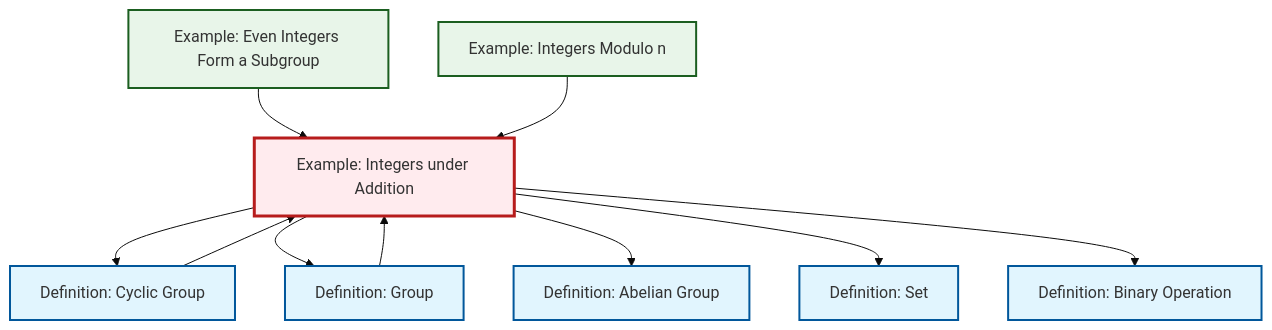
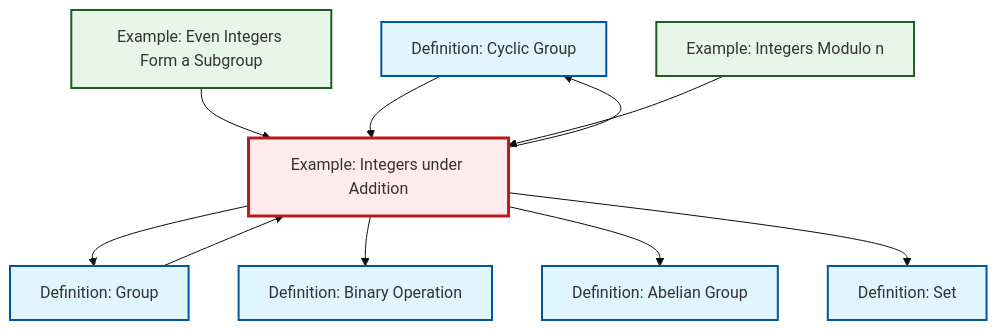
One commit to RK0429/ModernMath changed the diagram in content/ja/algebra/ex-integers-addition.qmd. Above: the diagram before and after it, drawn with Mermaid (base theme). The commit also changed other lines of this file and 531 other files, not shown here.

````diff
--- a/content/ja/algebra/ex-integers-addition.qmd
+++ b/content/ja/algebra/ex-integers-addition.qmd
@@ -74,34 +74,34 @@
 ```{mermaid}
 %%| fig-cap: "Local dependency graph"
 graph TD
     classDef definition fill:#e1f5fe,stroke:#01579b,stroke-width:2px
     classDef theorem fill:#f3e5f5,stroke:#4a148c,stroke-width:2px
     classDef axiom fill:#fff3e0,stroke:#e65100,stroke-width:2px
     classDef example fill:#e8f5e9,stroke:#1b5e20,stroke-width:2px
     classDef current fill:#ffebee,stroke:#b71c1c,stroke-width:3px
+    def-abelian-group["Definition: Abelian Group"]:::definition
+    def-cyclic-group["Definition: Cyclic Group"]:::definition
+    def-set["Definition: Set"]:::definition
+    def-group["Definition: Group"]:::definition
     ex-quotient-integers-mod-n["Example: Integers Modulo n"]:::example
-    def-set["Definition: Set"]:::definition
-    def-cyclic-group["Definition: Cyclic Group"]:::definition
+    ex-integers-addition["Example: Integers under Addition"]:::example
+    ex-even-integers-subgroup["Example: Even Integers Form a Subgroup"]:::example
     def-binary-operation["Definition: Binary Operation"]:::definition
-    def-group["Definition: Group"]:::definition
-    ex-integers-addition["Example: Integers under Addition"]:::example
-    def-abelian-group["Definition: Abelian Group"]:::definition
-    ex-even-integers-subgroup["Example: Even Integers Form a Subgroup"]:::example
-    ex-integers-addition --> def-cyclic-group
+    ex-even-integers-subgroup --> ex-integers-addition
     ex-integers-addition --> def-group
-    ex-integers-addition --> def-abelian-group
-    def-cyclic-group --> ex-integers-addition
-    ex-integers-addition --> def-set
-    ex-even-integers-subgroup --> ex-integers-addition
     ex-integers-addition --> def-binary-operation
     def-group --> ex-integers-addition
+    ex-integers-addition --> def-cyclic-group
+    ex-integers-addition --> def-abelian-group
+    ex-integers-addition --> def-set
+    def-cyclic-group --> ex-integers-addition
     ex-quotient-integers-mod-n --> ex-integers-addition
     class ex-integers-addition current
+    click def-abelian-group "def-abelian-group.html" "Definition: Abelian Groupへ"
+    click def-cyclic-group "def-cyclic-group.html" "Definition: Cyclic Groupへ"
+    click def-set "def-set.html" "Definition: Setへ"
+    click def-group "def-group.html" "Definition: Groupへ"
     click ex-quotient-integers-mod-n "ex-quotient-integers-mod-n.html" "Example: Integers Modulo nへ"
-    click def-set "def-set.html" "Definition: Setへ"
-    click def-cyclic-group "def-cyclic-group.html" "Definition: Cyclic Groupへ"
+    click ex-even-integers-subgroup "ex-even-integers-subgroup.html" "Example: Even Integers Form a Subgroupへ"
     click def-binary-operation "def-binary-operation.html" "Definition: Binary Operationへ"
-    click def-group "def-group.html" "Definition: Groupへ"
-    click def-abelian-group "def-abelian-group.html" "Definition: Abelian Groupへ"
-    click ex-even-integers-subgroup "ex-even-integers-subgroup.html" "Example: Even Integers Form a Subgroupへ"
 ```
````
